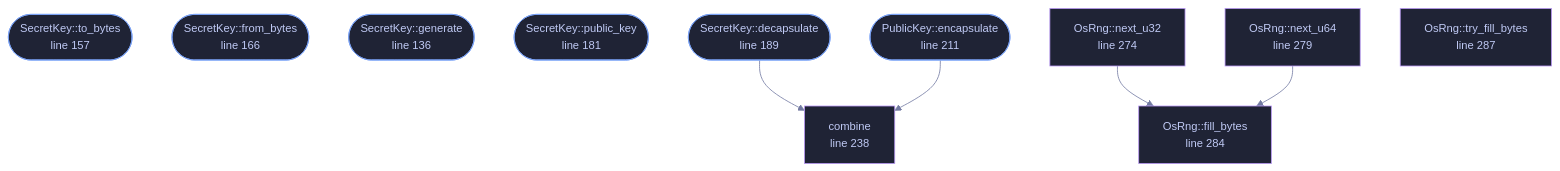
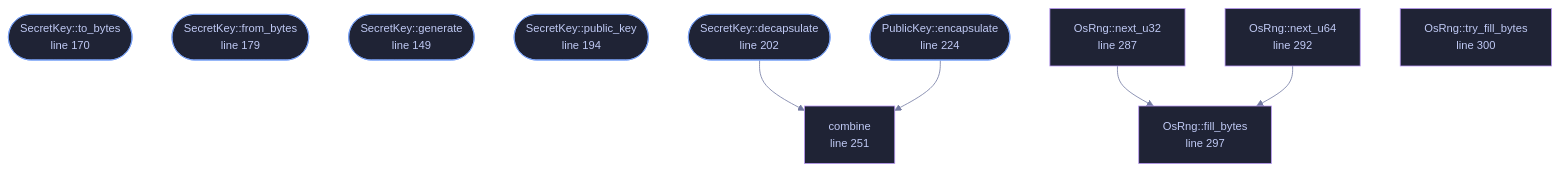
The diagram in wiki/File-veilvoice-crypto-hybrid.md (tilas01/veilvoice), drawn with Mermaid before and after one commit. The commit also changed other lines of this file and 487 other files, not shown here.

````diff
--- a/wiki/File-veilvoice-crypto-hybrid.md
+++ b/wiki/File-veilvoice-crypto-hybrid.md
@@ -78,42 +92,42 @@
 ```mermaid
 %%{init: {"theme":"base","themeVariables":{"background":"#1a1b26","primaryColor":"#1f2335","primaryTextColor":"#c0caf5","primaryBorderColor":"#7aa2f7","secondaryColor":"#16161e","tertiaryColor":"#16161e","lineColor":"#737aa2","textColor":"#c0caf5","mainBkg":"#1f2335","nodeBorder":"#7aa2f7","clusterBkg":"#16161e","clusterBorder":"#2f3549","fontFamily":"ui-monospace, SFMono-Regular, Consolas, monospace","fontSize":"14px"}}}%%
 flowchart TD
-    n_to_bytes(["PublicKey::to_bytes<br/>line 86"])
-    n_from_bytes(["PublicKey::from_bytes<br/>line 94"])
-    n_to_bytes(["Encapsulation::to_bytes<br/>line 111"])
-    n_from_bytes(["Encapsulation::from_bytes<br/>line 119"])
-    n_generate(["SecretKey::generate<br/>line 136"])
-    n_to_bytes(["SecretKey::to_bytes<br/>line 157"])
-    n_from_bytes(["SecretKey::from_bytes<br/>line 166"])
-    n_public_key(["SecretKey::public_key<br/>line 181"])
-    n_decapsulate(["SecretKey::decapsulate<br/>line 189"])
-    n_encapsulate(["PublicKey::encapsulate<br/>line 211"])
-    n_combine["combine<br/>line 238"]
-    n_next_u32["OsRng::next_u32<br/>line 274"]
-    n_next_u64["OsRng::next_u64<br/>line 279"]
-    n_fill_bytes["OsRng::fill_bytes<br/>line 284"]
-    n_try_fill_bytes["OsRng::try_fill_bytes<br/>line 287"]
+    n_to_bytes(["PublicKey::to_bytes<br/>line 99"])
+    n_from_bytes(["PublicKey::from_bytes<br/>line 107"])
+    n_to_bytes(["Encapsulation::to_bytes<br/>line 124"])
+    n_from_bytes(["Encapsulation::from_bytes<br/>line 132"])
+    n_generate(["SecretKey::generate<br/>line 149"])
+    n_to_bytes(["SecretKey::to_bytes<br/>line 170"])
+    n_from_bytes(["SecretKey::from_bytes<br/>line 179"])
+    n_public_key(["SecretKey::public_key<br/>line 194"])
+    n_decapsulate(["SecretKey::decapsulate<br/>line 202"])
+    n_encapsulate(["PublicKey::encapsulate<br/>line 224"])
+    n_combine["combine<br/>line 251"]
+    n_next_u32["OsRng::next_u32<br/>line 287"]
+    n_next_u64["OsRng::next_u64<br/>line 292"]
+    n_fill_bytes["OsRng::fill_bytes<br/>line 297"]
+    n_try_fill_bytes["OsRng::try_fill_bytes<br/>line 300"]
     n_decapsulate --> n_combine
     n_encapsulate --> n_combine
     n_next_u32 --> n_fill_bytes
     n_next_u64 --> n_fill_bytes
-    click n_to_bytes href "https://github.com/tilas01/veilvoice/blob/main/crates/veilvoice-crypto/src/hybrid.rs#L86" "open the source"
-    click n_from_bytes href "https://github.com/tilas01/veilvoice/blob/main/crates/veilvoice-crypto/src/hybrid.rs#L94" "open the source"
-    click n_to_bytes href "https://github.com/tilas01/veilvoice/blob/main/crates/veilvoice-crypto/src/hybrid.rs#L111" "open the source"
-    click n_from_bytes href "https://github.com/tilas01/veilvoice/blob/main/crates/veilvoice-crypto/src/hybrid.rs#L119" "open the source"
-    click n_generate href "https://github.com/tilas01/veilvoice/blob/main/crates/veilvoice-crypto/src/hybrid.rs#L136" "open the source"
-    click n_to_bytes href "https://github.com/tilas01/veilvoice/blob/main/crates/veilvoice-crypto/src/hybrid.rs#L157" "open the source"
-    click n_from_bytes href "https://github.com/tilas01/veilvoice/blob/main/crates/veilvoice-crypto/src/hybrid.rs#L166" "open the source"
-    click n_public_key href "https://github.com/tilas01/veilvoice/blob/main/crates/veilvoice-crypto/src/hybrid.rs#L181" "open the source"
-    click n_decapsulate href "https://github.com/tilas01/veilvoice/blob/main/crates/veilvoice-crypto/src/hybrid.rs#L189" "open the source"
-    click n_encapsulate href "https://github.com/tilas01/veilvoice/blob/main/crates/veilvoice-crypto/src/hybrid.rs#L211" "open the source"
-    click n_combine href "https://github.com/tilas01/veilvoice/blob/main/crates/veilvoice-crypto/src/hybrid.rs#L238" "open the source"
-    click n_next_u32 href "https://github.com/tilas01/veilvoice/blob/main/crates/veilvoice-crypto/src/hybrid.rs#L274" "open the source"
-    click n_next_u64 href "https://github.com/tilas01/veilvoice/blob/main/crates/veilvoice-crypto/src/hybrid.rs#L279" "open the source"
-    click n_fill_bytes href "https://github.com/tilas01/veilvoice/blob/main/crates/veilvoice-crypto/src/hybrid.rs#L284" "open the source"
-    click n_try_fill_bytes href "https://github.com/tilas01/veilvoice/blob/main/crates/veilvoice-crypto/src/hybrid.rs#L287" "open the source"
+    click n_to_bytes href "https://github.com/tilas01/veilvoice/blob/main/crates/veilvoice-crypto/src/hybrid.rs#L99" "open the source"
+    click n_from_bytes href "https://github.com/tilas01/veilvoice/blob/main/crates/veilvoice-crypto/src/hybrid.rs#L107" "open the source"
+    click n_to_bytes href "https://github.com/tilas01/veilvoice/blob/main/crates/veilvoice-crypto/src/hybrid.rs#L124" "open the source"
+    click n_from_bytes href "https://github.com/tilas01/veilvoice/blob/main/crates/veilvoice-crypto/src/hybrid.rs#L132" "open the source"
+    click n_generate href "https://github.com/tilas01/veilvoice/blob/main/crates/veilvoice-crypto/src/hybrid.rs#L149" "open the source"
+    click n_to_bytes href "https://github.com/tilas01/veilvoice/blob/main/crates/veilvoice-crypto/src/hybrid.rs#L170" "open the source"
+    click n_from_bytes href "https://github.com/tilas01/veilvoice/blob/main/crates/veilvoice-crypto/src/hybrid.rs#L179" "open the source"
+    click n_public_key href "https://github.com/tilas01/veilvoice/blob/main/crates/veilvoice-crypto/src/hybrid.rs#L194" "open the source"
+    click n_decapsulate href "https://github.com/tilas01/veilvoice/blob/main/crates/veilvoice-crypto/src/hybrid.rs#L202" "open the source"
+    click n_encapsulate href "https://github.com/tilas01/veilvoice/blob/main/crates/veilvoice-crypto/src/hybrid.rs#L224" "open the source"
+    click n_combine href "https://github.com/tilas01/veilvoice/blob/main/crates/veilvoice-crypto/src/hybrid.rs#L251" "open the source"
+    click n_next_u32 href "https://github.com/tilas01/veilvoice/blob/main/crates/veilvoice-crypto/src/hybrid.rs#L287" "open the source"
+    click n_next_u64 href "https://github.com/tilas01/veilvoice/blob/main/crates/veilvoice-crypto/src/hybrid.rs#L292" "open the source"
+    click n_fill_bytes href "https://github.com/tilas01/veilvoice/blob/main/crates/veilvoice-crypto/src/hybrid.rs#L297" "open the source"
+    click n_try_fill_bytes href "https://github.com/tilas01/veilvoice/blob/main/crates/veilvoice-crypto/src/hybrid.rs#L300" "open the source"
     classDef entry fill:#1f2335,stroke:#7aa2f7,color:#c0caf5
     class n_to_bytes,n_from_bytes,n_to_bytes,n_from_bytes,n_generate,n_to_bytes,n_from_bytes,n_public_key,n_decapsulate,n_encapsulate entry
     classDef helper fill:#1f2335,stroke:#bb9af7,color:#c0caf5
     class n_combine,n_next_u32,n_next_u64,n_fill_bytes,n_try_fill_bytes helper
 ```
````
